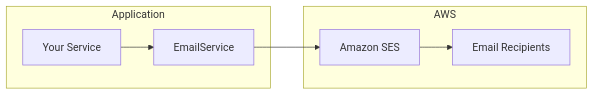
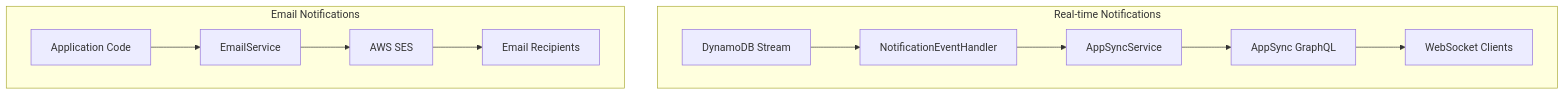
One commit to mbc-net/mbc-cqrs-serverless-doc changed the diagram in i18n/en/docusaurus-plugin-content-docs/current/notification-module.md. Above: the diagram before and after it, drawn with Mermaid. The commit also changed other lines of this file and 45 other files, not shown here.

````diff
--- a/i18n/en/docusaurus-plugin-content-docs/current/notification-module.md
+++ b/i18n/en/docusaurus-plugin-content-docs/current/notification-module.md
@@ -11,11 +14,15 @@
 ```mermaid
-graph LR
-    subgraph "Application"
-        A["Your Service"] --> B["EmailService"]
+graph TB
+    subgraph "Real-time Notifications"
+        A["DynamoDB Stream"] --> B["NotificationEventHandler"]
+        B --> C["AppSyncService"]
+        C --> D["AppSync GraphQL"]
+        D --> E["WebSocket Clients"]
     end
 
-    subgraph "AWS"
-        B --> C["Amazon SES"]
-        C --> D["Email Recipients"]
+    subgraph "Email Notifications"
+        F["Application Code"] --> G["EmailService"]
+        G --> H["AWS SES"]
+        H --> I["Email Recipients"]
     end
 ```
````
